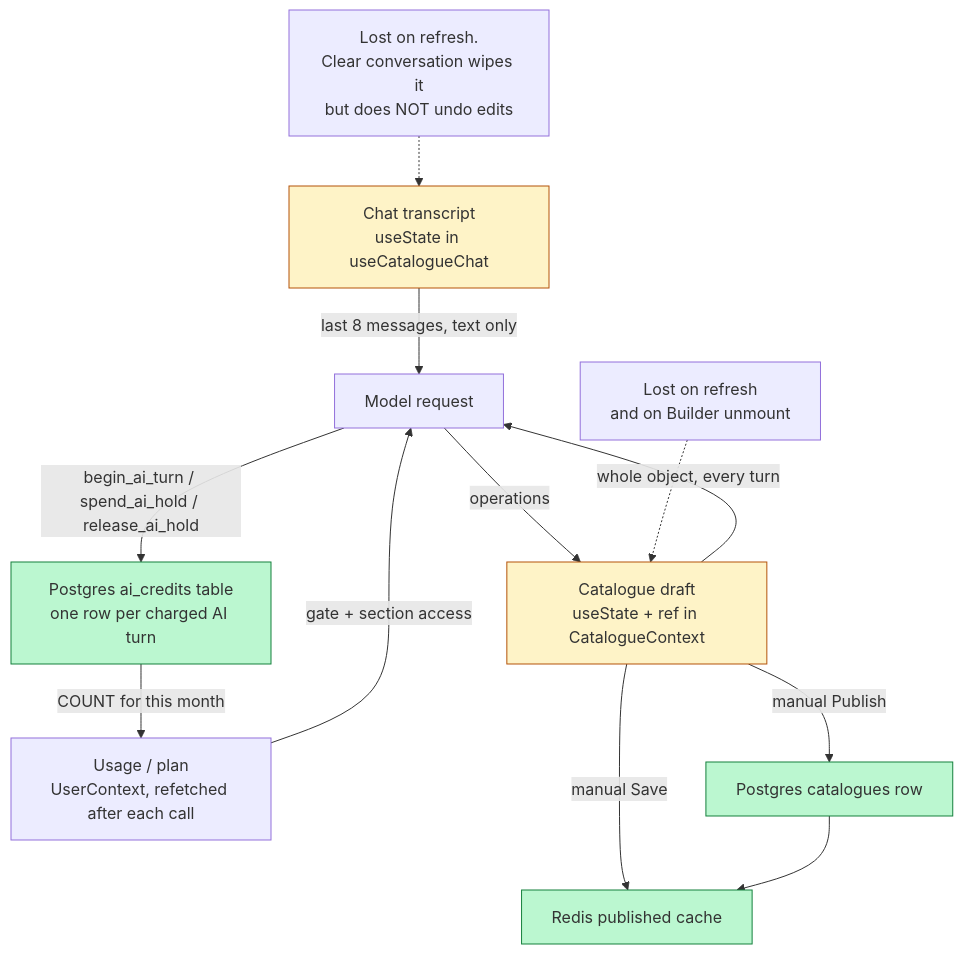
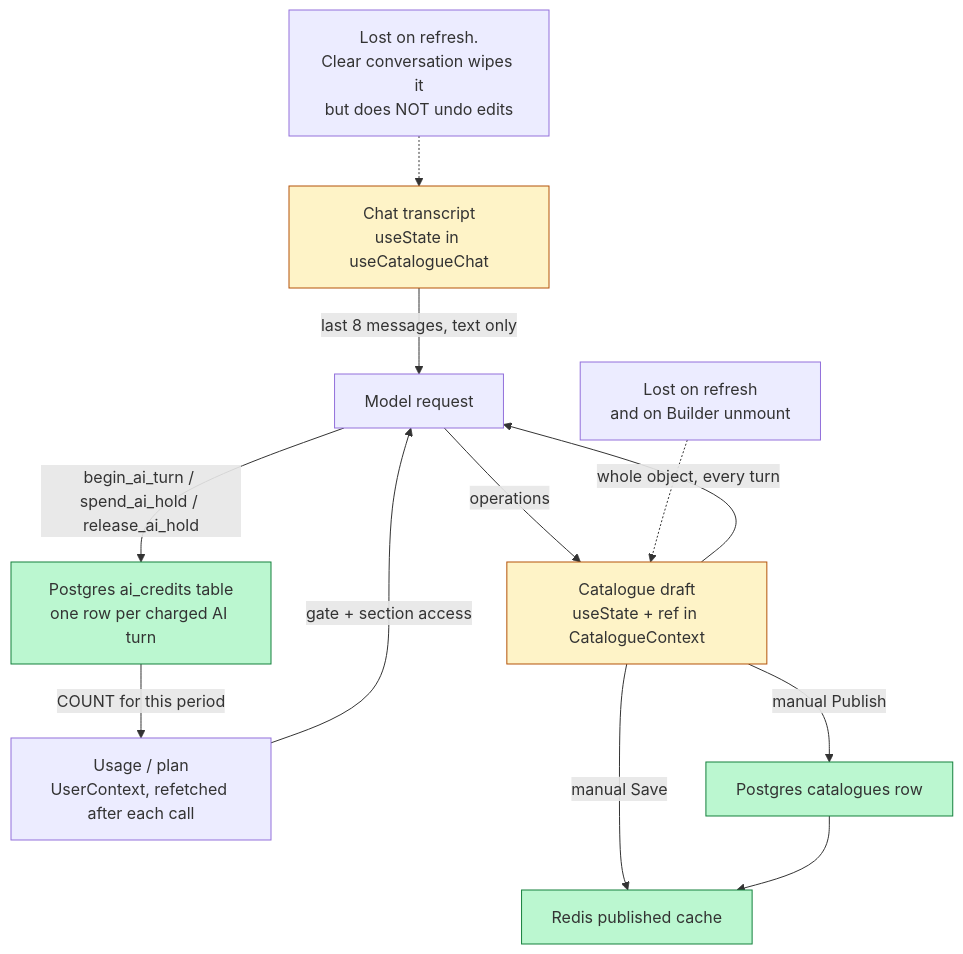
The third of 3 diagrams in docs/architecture/ai-chat-flow.md (nikolamirilo/quicktalog-app), drawn with Mermaid before and after one commit. The commit also changed other lines of this file and 59 other files, not shown here.

````diff
--- a/docs/architecture/ai-chat-flow.md
+++ b/docs/architecture/ai-chat-flow.md
@@ -393,28 +393,28 @@
 ```mermaid
 flowchart TD
     S1["Chat transcript<br/>useState in useCatalogueChat"]
     S2["Catalogue draft<br/>useState + ref in CatalogueContext"]
     S3["Usage / plan<br/>UserContext, refetched after each call"]
     S4["Postgres catalogues row"]
     S5["Redis published cache"]
     S6["Postgres ai_credits table<br/>one row per charged AI turn"]
 
     S1 -->|"last 8 messages, text only"| M[Model request]
     S2 -->|"whole object, every turn"| M
     S3 -->|"gate + section access"| M
     M -->|operations| S2
     M -->|"begin_ai_turn / spend_ai_hold / release_ai_hold"| S6
     S2 -->|"manual Save"| S5
     S2 -->|"manual Publish"| S4
     S4 --> S5
-    S6 -->|"COUNT for this month"| S3
+    S6 -->|"COUNT for this period"| S3
 
     N1["Lost on refresh.<br/>Clear conversation wipes it<br/>but does NOT undo edits"] -.-> S1
     N2["Lost on refresh<br/>and on Builder unmount"] -.-> S2
 
     style S1 fill:#fef3c7,stroke:#b45309
     style S2 fill:#fef3c7,stroke:#b45309
     style S4 fill:#bbf7d0,stroke:#15803d
     style S5 fill:#bbf7d0,stroke:#15803d
     style S6 fill:#bbf7d0,stroke:#15803d
 ```
````
